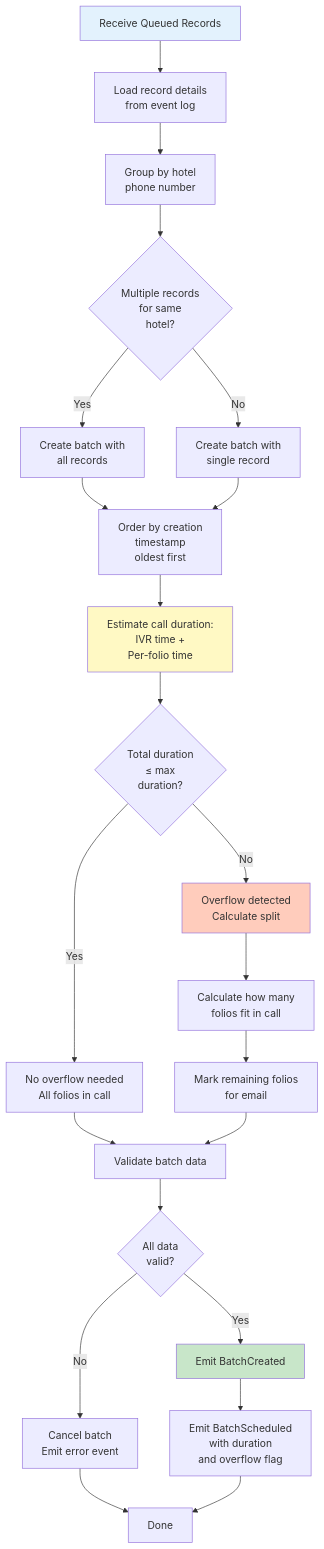
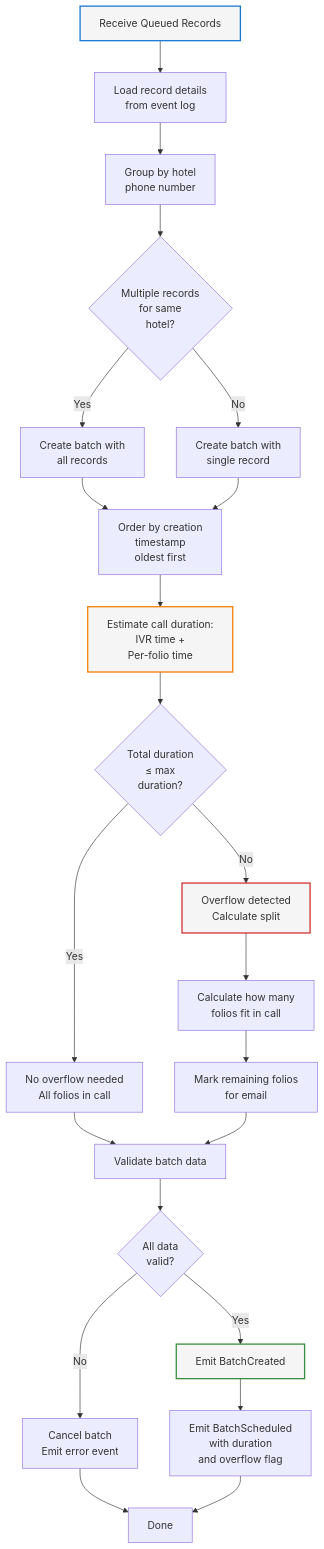
One commit to Org-for-Folio-AI/FolioAISpecs changed the diagram in design/components/02-Batching-Engine.md. Above: the diagram before and after it, drawn with Mermaid. The commit also changed 11 other files, not shown here.

First line of the commit message:
Update mermaid diagram colors for dark and light mode compatibility

````diff
--- a/design/components/02-Batching-Engine.md
+++ b/design/components/02-Batching-Engine.md
@@ -49,41 +49,41 @@
 ```mermaid
 flowchart TD
     Start["Receive Queued Records"] --> Load["Load record details<br/>from event log"]
     Load --> Group["Group by hotel<br/>phone number"]
 
     Group --> Batch{Multiple records<br/>for same<br/>hotel?}
 
     Batch -->|Yes| CreateBatch["Create batch with<br/>all records"]
     Batch -->|No| SingleBatch["Create batch with<br/>single record"]
 
     CreateBatch --> Order["Order by creation<br/>timestamp<br/>oldest first"]
     SingleBatch --> Order
 
     Order --> Estimate["Estimate call duration:<br/>IVR time +<br/>Per-folio time"]
 
     Estimate --> EstResult{Total duration<br/>≤ max<br/>duration?}
 
     EstResult -->|Yes| NoOverflow["No overflow needed<br/>All folios in call"]
     EstResult -->|No| Overflow["Overflow detected<br/>Calculate split"]
 
     Overflow --> CalcSplit["Calculate how many<br/>folios fit in call"]
     CalcSplit --> MarkOverflow["Mark remaining folios<br/>for email"]
 
     NoOverflow --> Validate["Validate batch data"]
     MarkOverflow --> Validate
 
     Validate --> Valid{All data<br/>valid?}
 
     Valid -->|Yes| EmitBatch["Emit BatchCreated"]
     Valid -->|No| Cancel["Cancel batch<br/>Emit error event"]
 
     EmitBatch --> EmitSchedule["Emit BatchScheduled<br/>with duration<br/>and overflow flag"]
     Cancel --> Done["Done"]
 
     EmitSchedule --> Done
 
-    style Start fill:#e3f2fd
-    style Estimate fill:#fff9c4
-    style Overflow fill:#ffccbc
-    style EmitBatch fill:#c8e6c9
+    style Start stroke:#1976d2,fill:#f5f5f5,stroke-width:2px
+    style Estimate stroke:#f57c00,fill:#f5f5f5,stroke-width:2px
+    style Overflow stroke:#d32f2f,fill:#f5f5f5,stroke-width:2px
+    style EmitBatch stroke:#388e3c,fill:#f5f5f5,stroke-width:2px
 ```
````
